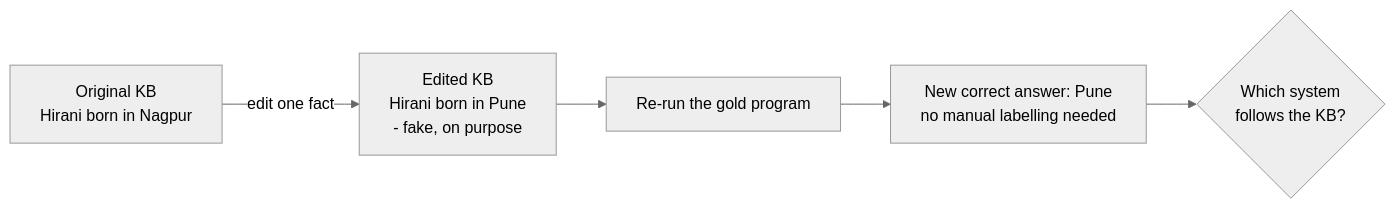
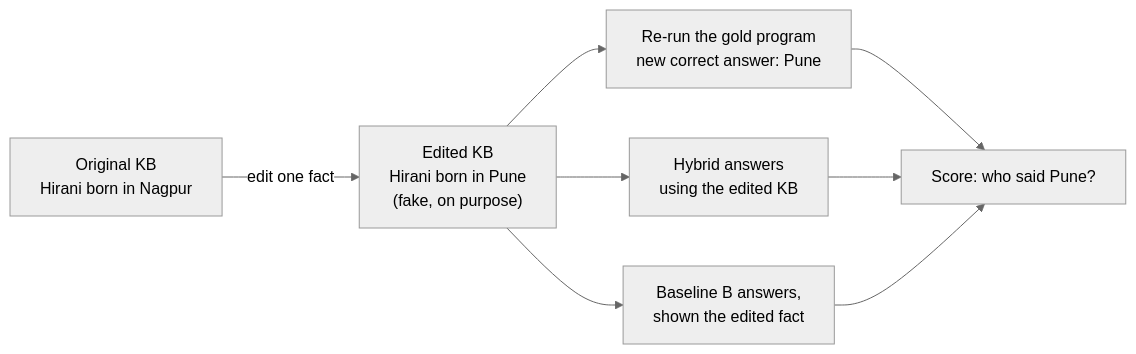
One commit to KalWardin-Dronzer/Neuro-Symbolic_reasoning changed the fifth of 5 diagrams in docs/01-problem-explained.md. Above: the diagram before and after it, drawn with Mermaid (neutral theme). The commit also changed other lines of this file and 1 other file, not shown here.

````diff
--- a/docs/01-problem-explained.md
+++ b/docs/01-problem-explained.md
@@ -174,7 +274,10 @@
 ```mermaid
 flowchart LR
-    K1["Original KB<br/>Hirani born in Nagpur"] -- "edit one fact" --> K2["Edited KB<br/>Hirani born in Pune<br/>- fake, on purpose"]
-    K2 --> G["Re-run the gold program"]
-    G --> NA["New correct answer: Pune<br/>no manual labelling needed"]
-    NA --> CMP{"Which system<br/>follows the KB?"}
+    K1["Original KB<br/>Hirani born in Nagpur"] -- "edit one fact" --> K2["Edited KB<br/>Hirani born in Pune<br/>(fake, on purpose)"]
+    K2 --> G["Re-run the gold program<br/>new correct answer: Pune"]
+    K2 --> HY["Hybrid answers<br/>using the edited KB"]
+    K2 --> LL["Baseline B answers,<br/>shown the edited fact"]
+    G --> CMP["Score: who said Pune?"]
+    HY --> CMP
+    LL --> CMP
 ```
````
